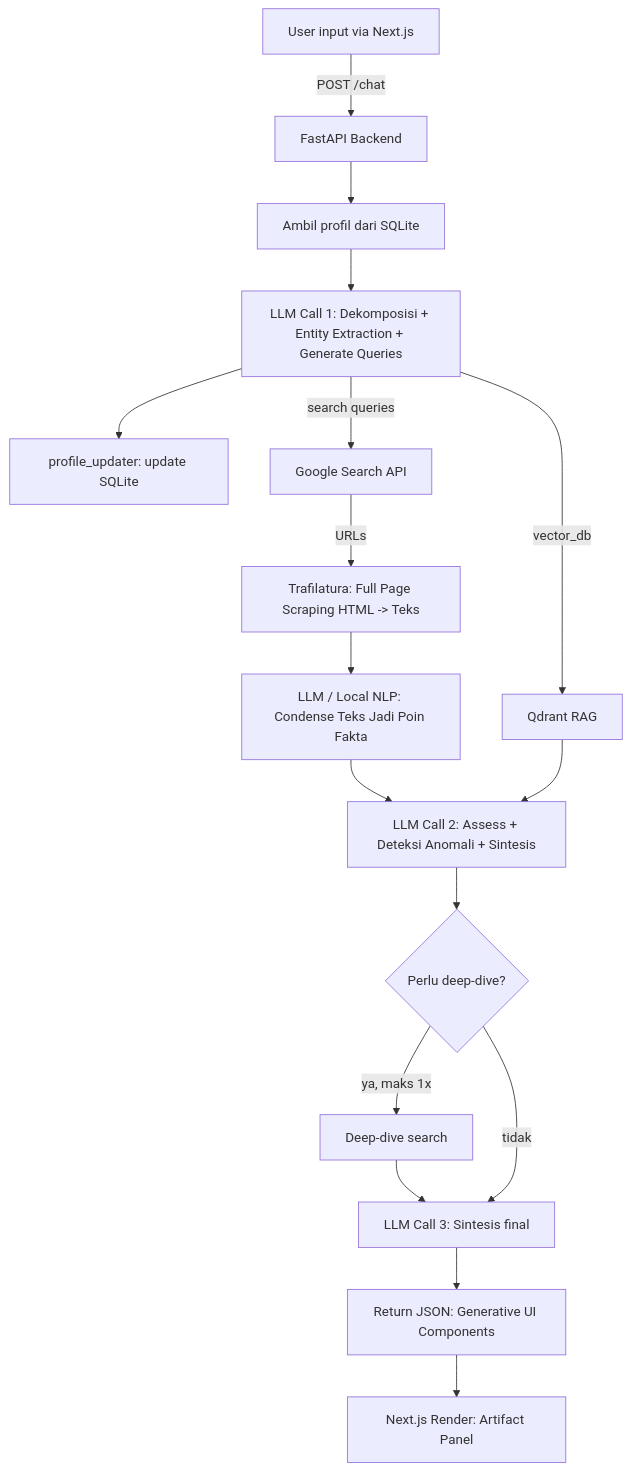
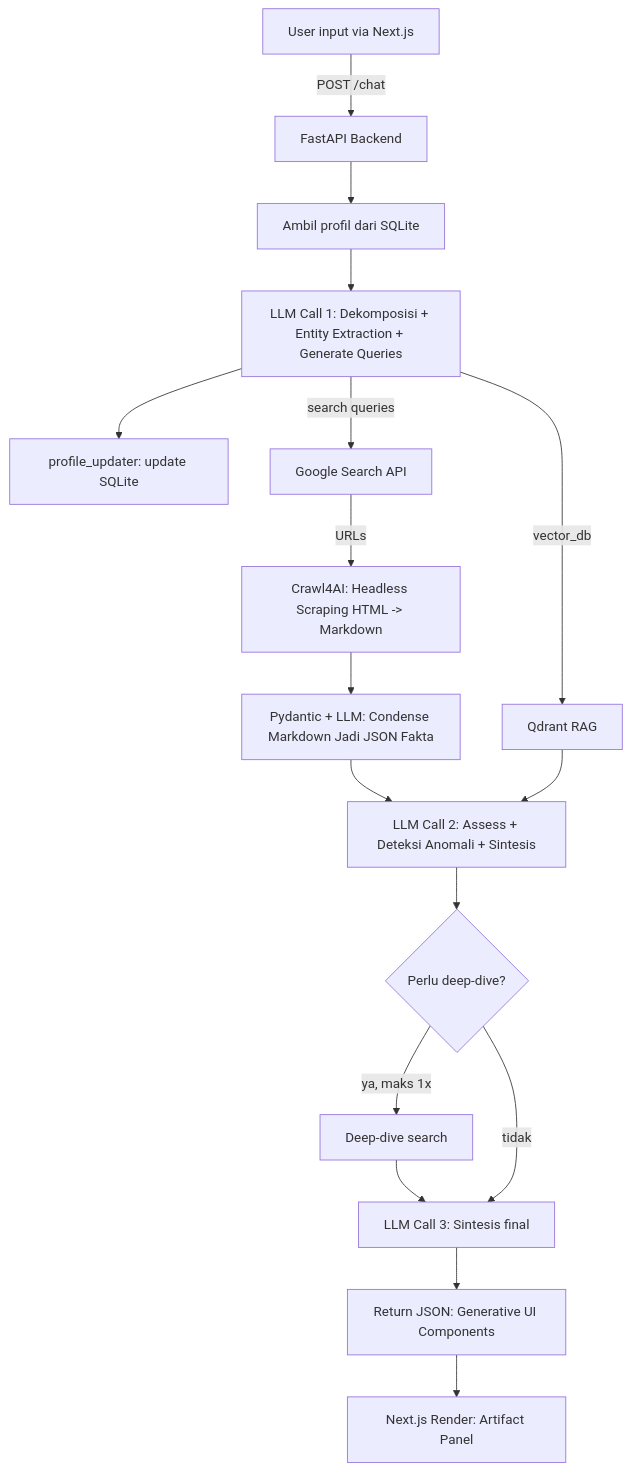
Before and after one commit to Hiro347/APPA: the second of 3 diagrams in APPA_Tech_Spec.md, drawn with Mermaid. The commit also changed other lines of this file, not shown here.

Commit message:
docs: adopt Unsloth, Qwen3-4B, Crawl4AI, and Pydantic based on SOTA research

````diff
--- a/APPA_Tech_Spec.md
+++ b/APPA_Tech_Spec.md
@@ -143,27 +143,27 @@
 ```mermaid
 flowchart TD
     A[User input via Next.js] -->|POST /chat| B[FastAPI Backend]
     B --> C[Ambil profil dari SQLite]
     
     %% Otak Riset
     C --> D[LLM Call 1: Dekomposisi + Entity Extraction + Generate Queries]
     D --> E[profile_updater: update SQLite]
     D -->|search queries| F[Google Search API]
     D -->|vector_db| G[Qdrant RAG]
     
     %% Filter & Condense Pipeline
-    F -->|URLs| H[Trafilatura: Full Page Scraping HTML -> Teks]
-    H --> I[LLM / Local NLP: Condense Teks Jadi Poin Fakta]
+    F -->|URLs| H[Crawl4AI: Headless Scraping HTML -> Markdown]
+    H --> I[Pydantic + LLM: Condense Markdown Jadi JSON Fakta]
     
     %% Otak Analisis & Komunikasi
     I --> J[LLM Call 2: Assess + Deteksi Anomali + Sintesis]
     G --> J
     J --> K{Perlu deep-dive?}
     K -- ya, maks 1x --> L[Deep-dive search]
     L --> M[LLM Call 3: Sintesis final]
     K -- tidak --> M
     
     %% Generative UI Output
     M --> N[Return JSON: Generative UI Components]
     N --> O[Next.js Render: Artifact Panel]
 ```
````
